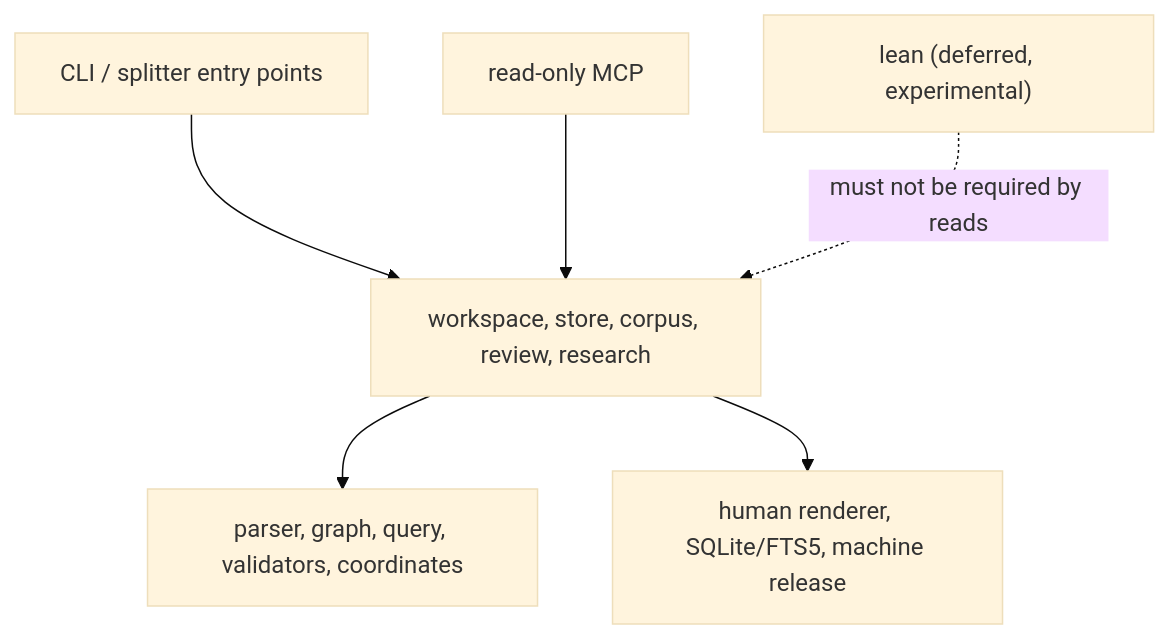
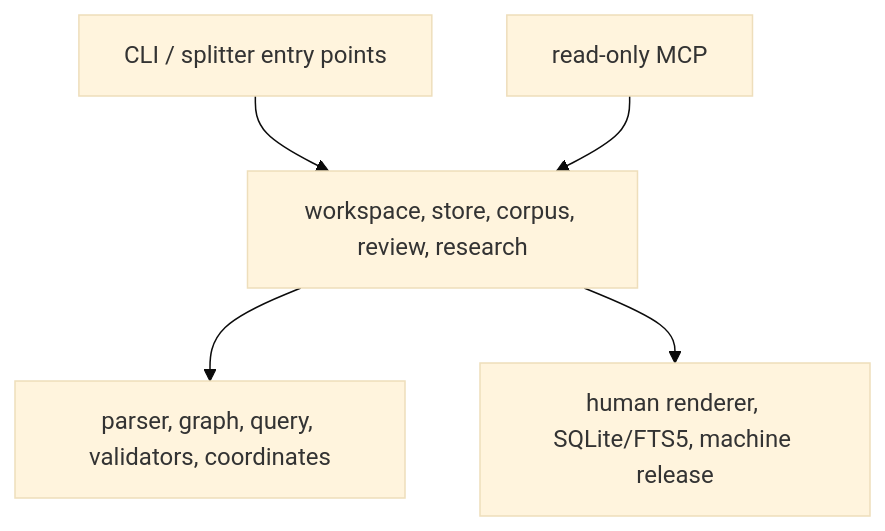
Before and after one commit to Guangqi-Phys/qec-graph: the second of 2 diagrams in docs/design/DESIGN.md, drawn with Mermaid (base theme). The commit also changed other lines of this file and 78 other files, not shown here.

Commit message:
remove Lean execution, packaging and experimental fixtures (A7)

````diff
--- a/docs/design/DESIGN.md
+++ b/docs/design/DESIGN.md
@@ -122,8 +122,7 @@
 ```mermaid
 flowchart TB
     CLI["CLI / splitter entry points"] --> APP["workspace, store, corpus, review, research"]
     MCP["read-only MCP"] --> APP
     APP --> CORE["parser, graph, query, validators, coordinates"]
     APP --> OUTPUT["human renderer, SQLite/FTS5, machine release"]
-    LEAN["lean (deferred, experimental)"] -. "must not be required by reads" .-> APP
 ```
````
